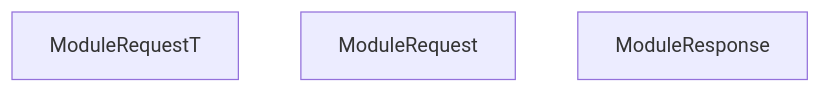
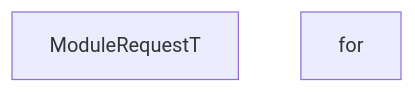
The diagram in GameModule/GameModuleDTO/Core/ModuleRequest/Abstraction/AbstractionRead.md (MgCohen/Scaffold), drawn with Mermaid before and after one commit. The commit also changed other lines of this file and 94 other files, not shown here.

````diff
--- a/GameModule/GameModuleDTO/Core/ModuleRequest/Abstraction/AbstractionRead.md
+++ b/GameModule/GameModuleDTO/Core/ModuleRequest/Abstraction/AbstractionRead.md
@@ -26,6 +26,6 @@
 ```mermaid
 graph TD
     ModuleRequestT[ModuleRequestT]
-    ModuleRequest[ModuleRequest]
-    ModuleResponse[ModuleResponse]
+    for[for]
+    for[for]
 ```
````
